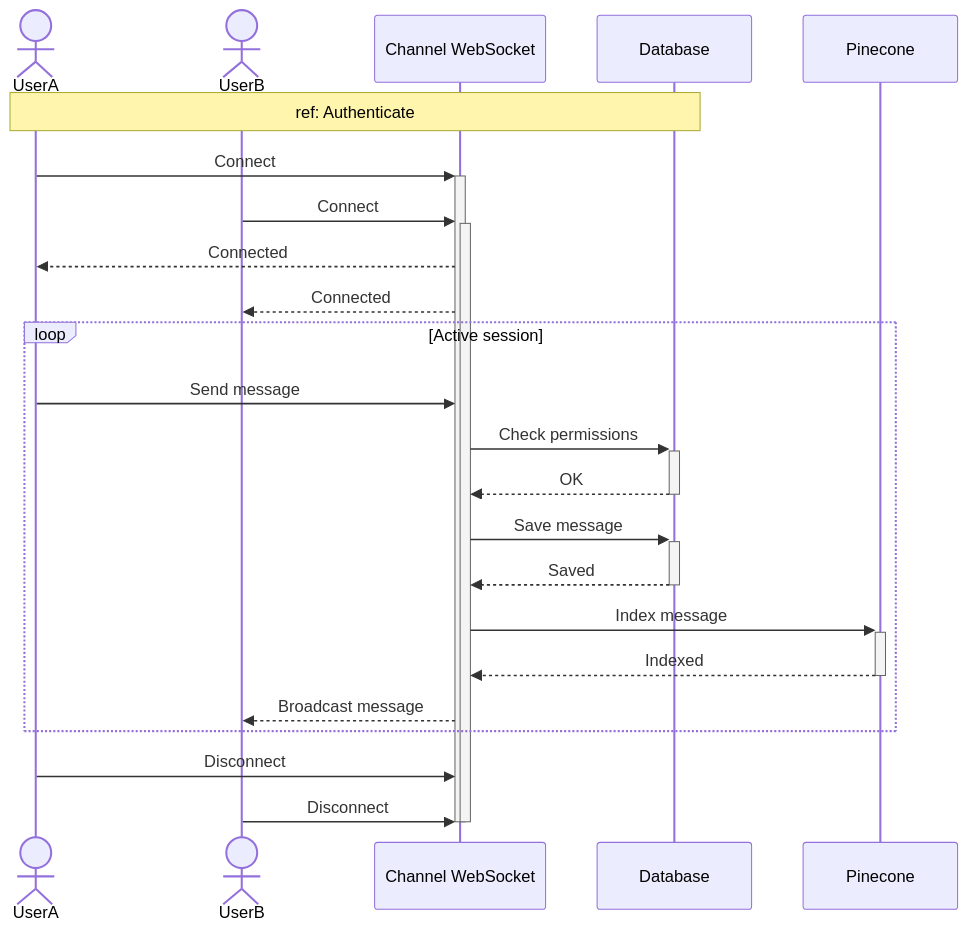
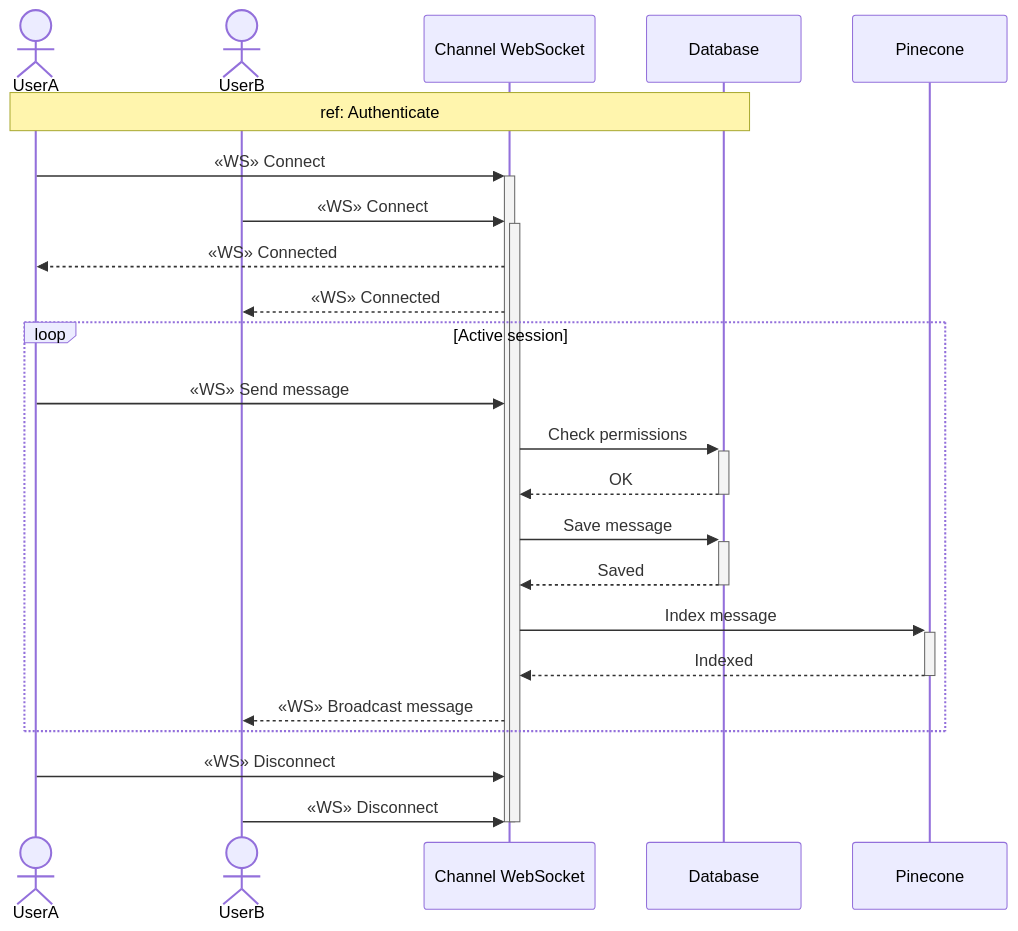
One commit to MohamedChebbi123/teamnest changed the ninth of 16 diagrams in docs/SEQUENCE_DIAGRAMS.md. Above: the diagram before and after it, drawn with Mermaid. The commit also changed other lines of this file, not shown here.

````diff
--- a/docs/SEQUENCE_DIAGRAMS.md
+++ b/docs/SEQUENCE_DIAGRAMS.md
@@ -315,31 +315,31 @@
 ```mermaid
 sequenceDiagram
     actor UserA
     actor UserB
     participant WS as Channel WebSocket
     participant DB as Database
     participant Vec as Pinecone
 
     Note over UserA,DB: ref: Authenticate
 
-    UserA->>+WS: Connect
-    UserB->>+WS: Connect
-    WS-->>UserA: Connected
-    WS-->>UserB: Connected
+    UserA->>+WS: «WS» Connect
+    UserB->>+WS: «WS» Connect
+    WS-->>UserA: «WS» Connected
+    WS-->>UserB: «WS» Connected
 
     loop Active session
-        UserA->>WS: Send message
+        UserA->>WS: «WS» Send message
         WS->>+DB: Check permissions
         DB-->>-WS: OK
         WS->>+DB: Save message
         DB-->>-WS: Saved
         WS->>+Vec: Index message
         Vec-->>-WS: Indexed
-        WS-->>UserB: Broadcast message
+        WS-->>UserB: «WS» Broadcast message
     end
 
-    UserA->>WS: Disconnect
-    UserB->>WS: Disconnect
+    UserA->>WS: «WS» Disconnect
+    UserB->>WS: «WS» Disconnect
     deactivate WS
     deactivate WS
 ```
````
